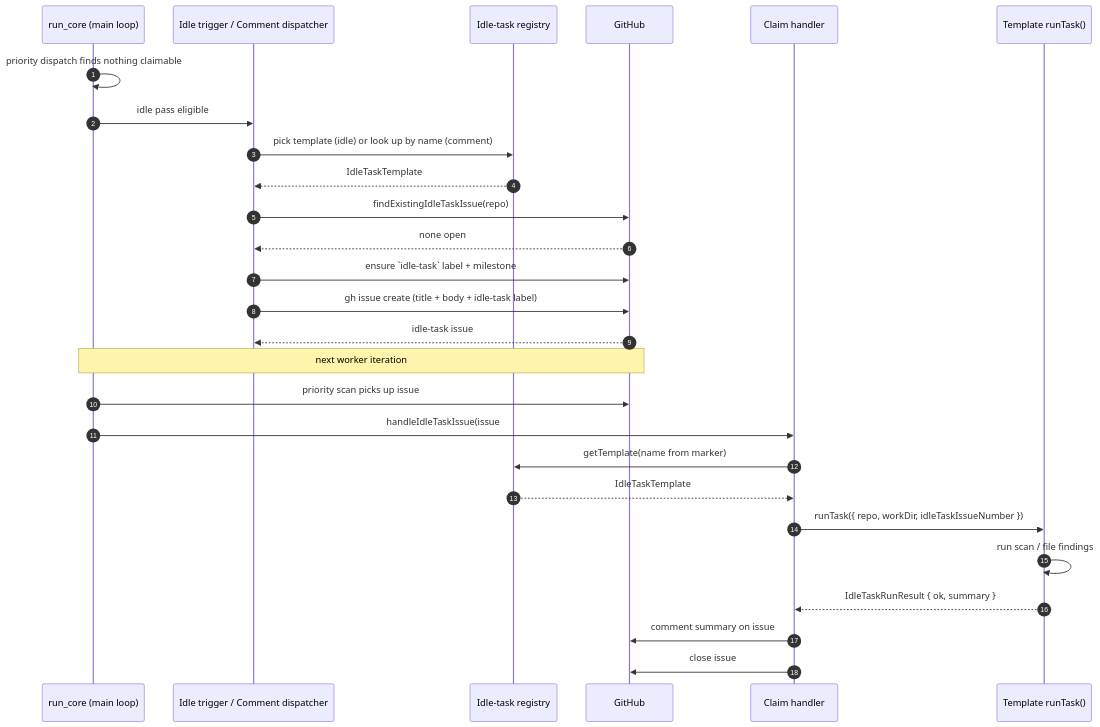
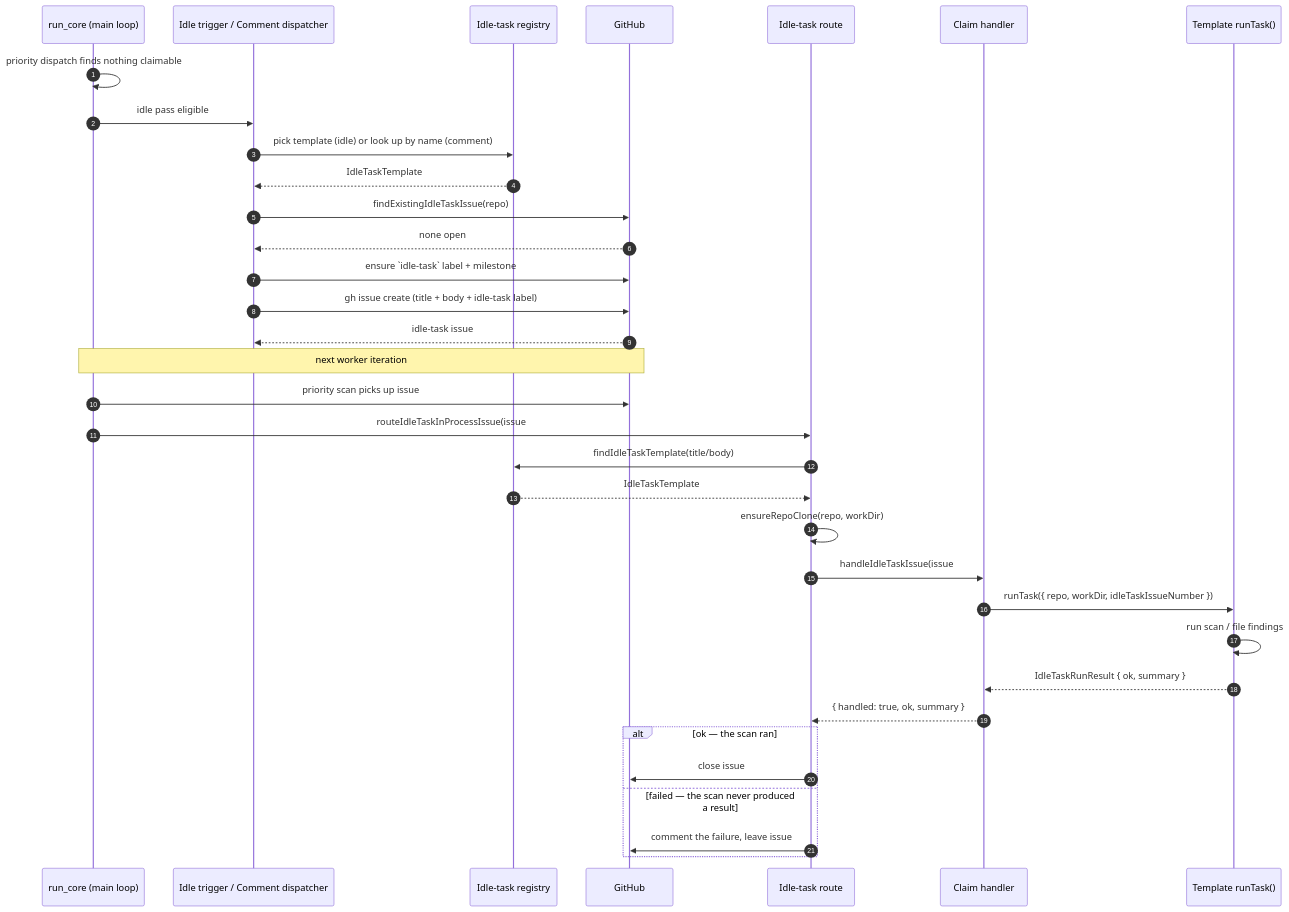
One commit to stSoftwareAU/VibeCoder changed the first of 12 diagrams in docs/IDLE-TASK-FRAMEWORK.md. Above: the diagram before and after it, drawn with Mermaid. The commit also changed other lines of this file and 10 other files, not shown here.

First line of the commit message:
Keep a failed idle-task wrapper open and clone the repo first (#179)

````diff
--- a/docs/IDLE-TASK-FRAMEWORK.md
+++ b/docs/IDLE-TASK-FRAMEWORK.md
@@ -47,30 +47,37 @@
 ```mermaid
 sequenceDiagram
     autonumber
     participant Main as run_core (main loop)
     participant Trigger as Idle trigger / Comment dispatcher
     participant Registry as Idle-task registry
     participant GH as GitHub
+    participant Route as Idle-task route
     participant Claim as Claim handler
     participant Runner as Template runTask()
 
     Main->>Main: priority dispatch finds nothing claimable
     Main->>Trigger: idle pass eligible
     Trigger->>Registry: pick template (idle) or look up by name (comment)
     Registry-->>Trigger: IdleTaskTemplate
     Trigger->>GH: findExistingIdleTaskIssue(repo)
     GH-->>Trigger: none open
     Trigger->>GH: ensure `idle-task` label + milestone
     Trigger->>GH: gh issue create (title + body + idle-task label)
     GH-->>Trigger: idle-task issue #N
     Note over Main,GH: next worker iteration
     Main->>GH: priority scan picks up issue #N
-    Main->>Claim: handleIdleTaskIssue(issue #N)
-    Claim->>Registry: getTemplate(name from marker)
-    Registry-->>Claim: IdleTaskTemplate
+    Main->>Route: routeIdleTaskInProcessIssue(issue #N)
+    Route->>Registry: findIdleTaskTemplate(title/body)
+    Registry-->>Route: IdleTaskTemplate
+    Route->>Route: ensureRepoClone(repo, workDir)
+    Route->>Claim: handleIdleTaskIssue(issue #N)
     Claim->>Runner: runTask({ repo, workDir, idleTaskIssueNumber })
     Runner->>Runner: run scan / file findings
     Runner-->>Claim: IdleTaskRunResult { ok, summary }
-    Claim->>GH: comment summary on issue #N
-    Claim->>GH: close issue #N
+    Claim-->>Route: { handled: true, ok, summary }
+    alt ok — the scan ran
+        Route->>GH: close issue #N with the summary
+    else failed — the scan never produced a result
+        Route->>GH: comment the failure, leave issue #N OPEN
+    end
 ```
````
